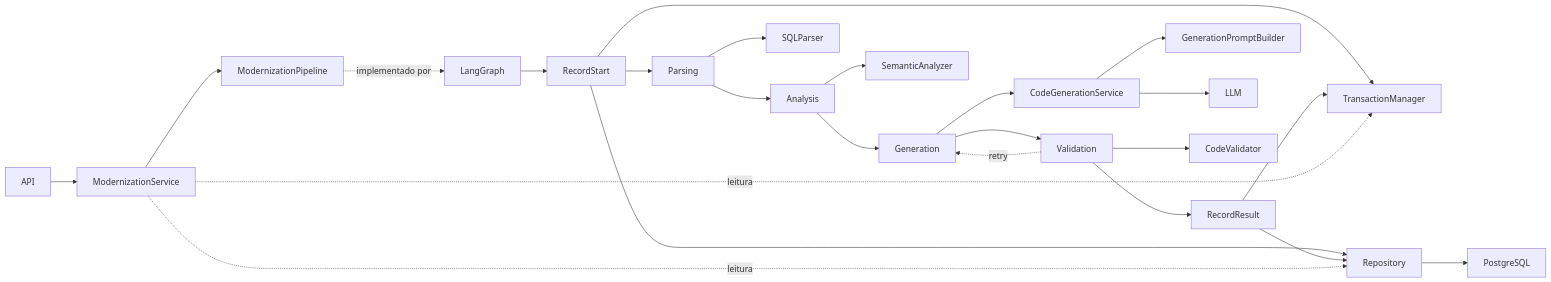
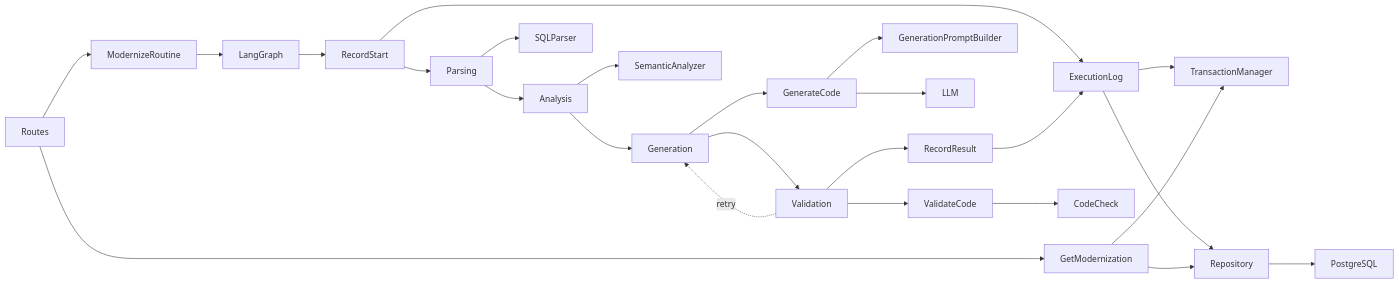
The first of 2 diagrams in README.md (pedro-nuness/desafio-tecnico-sql-python), drawn with Mermaid before and after one commit. The commit also changed other lines of this file and 69 other files, not shown here.

````diff
--- a/README.md
+++ b/README.md
@@ -142,28 +144,29 @@
 ```mermaid
 flowchart LR
-    API --> ModernizationService
-    ModernizationService --> ModernizationPipeline
-    ModernizationPipeline -. implementado por .-> LangGraph
+    Routes --> ModernizeRoutine
+    Routes --> GetModernization
+    ModernizeRoutine --> LangGraph
     LangGraph --> RecordStart
     RecordStart --> Parsing
     Parsing --> Analysis
     Analysis --> Generation
     Generation --> Validation
     Validation -. retry .-> Generation
     Validation --> RecordResult
 
     Parsing --> SQLParser
     Analysis --> SemanticAnalyzer
-    Generation --> CodeGenerationService
-    CodeGenerationService --> GenerationPromptBuilder
-    CodeGenerationService --> LLM
-    Validation --> CodeValidator
+    Generation --> GenerateCode
+    GenerateCode --> GenerationPromptBuilder
+    GenerateCode --> LLM
+    Validation --> ValidateCode
+    ValidateCode --> CodeCheck
 
-    RecordStart --> TransactionManager
-    RecordResult --> TransactionManager
-    ModernizationService -. leitura .-> TransactionManager
-    RecordStart --> Repository
-    RecordResult --> Repository
-    ModernizationService -. leitura .-> Repository
+    RecordStart --> ExecutionLog
+    RecordResult --> ExecutionLog
+    ExecutionLog --> TransactionManager
+    ExecutionLog --> Repository
+    GetModernization --> TransactionManager
+    GetModernization --> Repository
     Repository --> PostgreSQL
 ```
````
